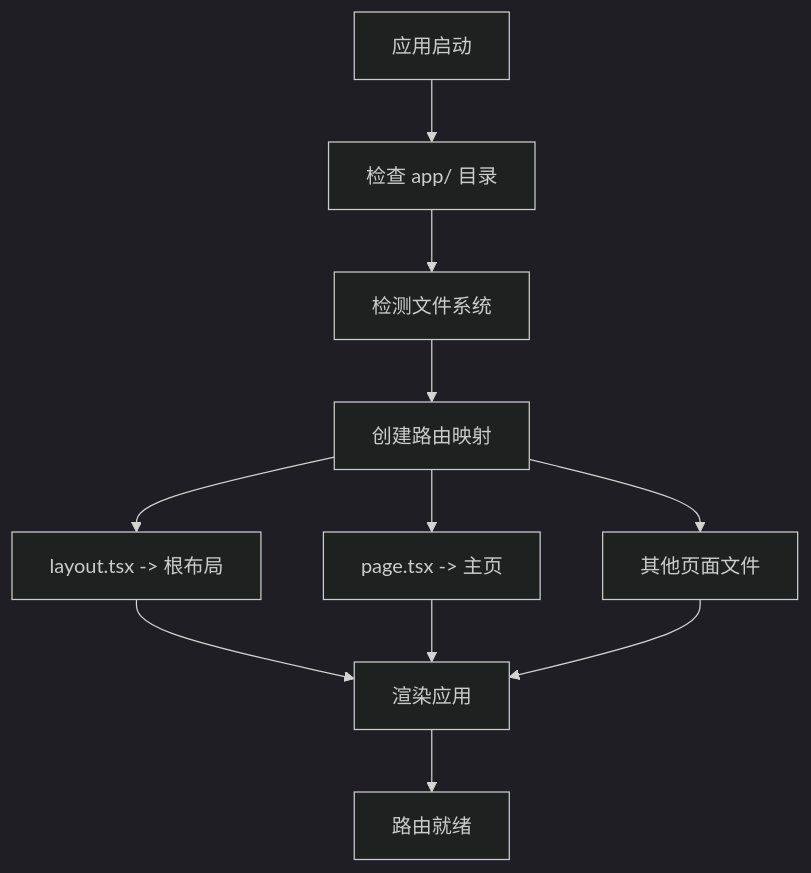
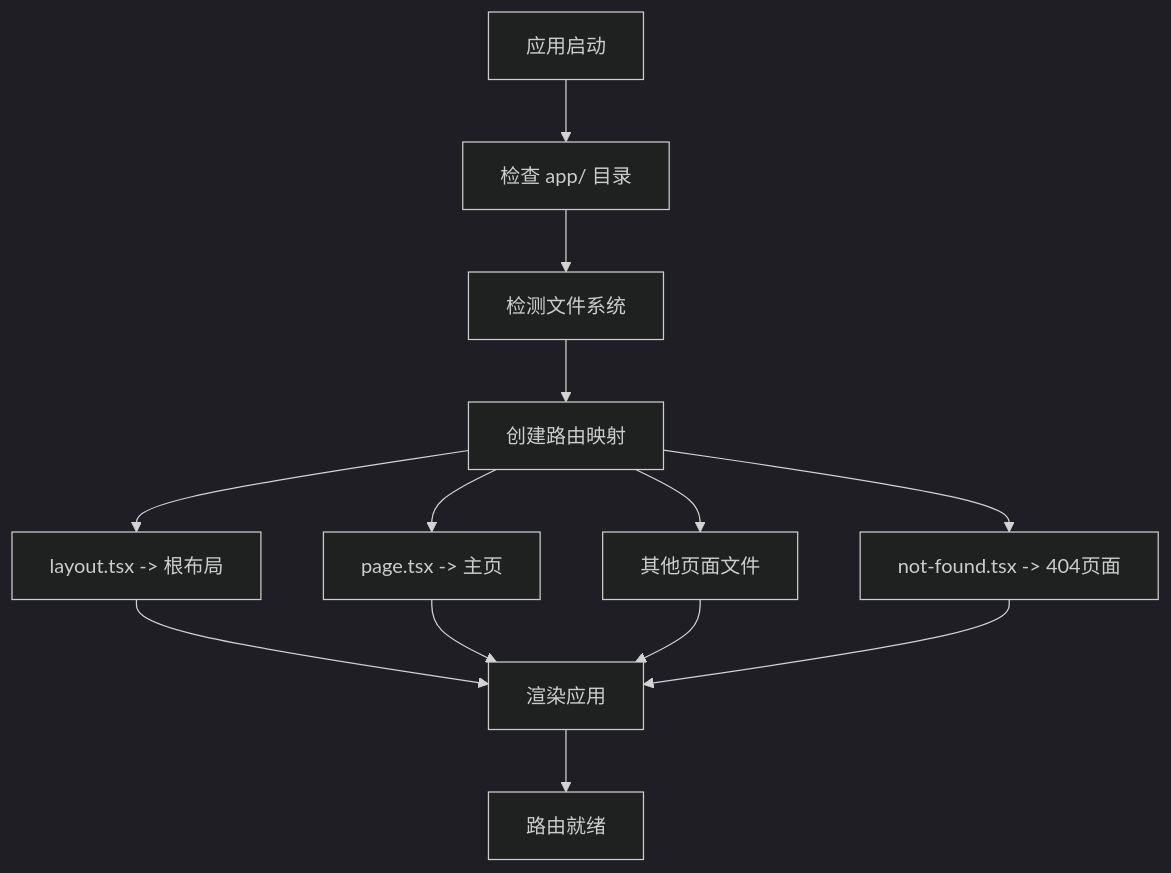
Before and after one commit to caoLei1997/Blog: the fourth of 5 diagrams in .qoder/repowiki/zh/content/组件开发指南/App Router 使用.md, drawn with Mermaid (dark theme). The commit also changed other lines of this file and 27 other files, not shown here.

````diff
--- a/.qoder/repowiki/zh/content/组件开发指南/App Router 使用.md
+++ b/.qoder/repowiki/zh/content/组件开发指南/App Router 使用.md
@@ -216,13 +393,15 @@
 ```mermaid
 flowchart TD
 START[应用启动] --> CHECK_APP[检查 app/ 目录]
 CHECK_APP --> DETECT_FILES[检测文件系统]
 DETECT_FILES --> CREATE_ROUTES[创建路由映射]
 CREATE_ROUTES --> LAYOUT_ROUTE[layout.tsx -> 根布局]
 CREATE_ROUTES --> PAGE_ROUTE[page.tsx -> 主页]
 CREATE_ROUTES --> OTHER_PAGES[其他页面文件]
+CREATE_ROUTES --> NOT_FOUND[not-found.tsx -> 404页面]
 LAYOUT_ROUTE --> RENDER[渲染应用]
 PAGE_ROUTE --> RENDER
 OTHER_PAGES --> RENDER
+NOT_FOUND --> RENDER
 RENDER --> END[路由就绪]
 ```
````
